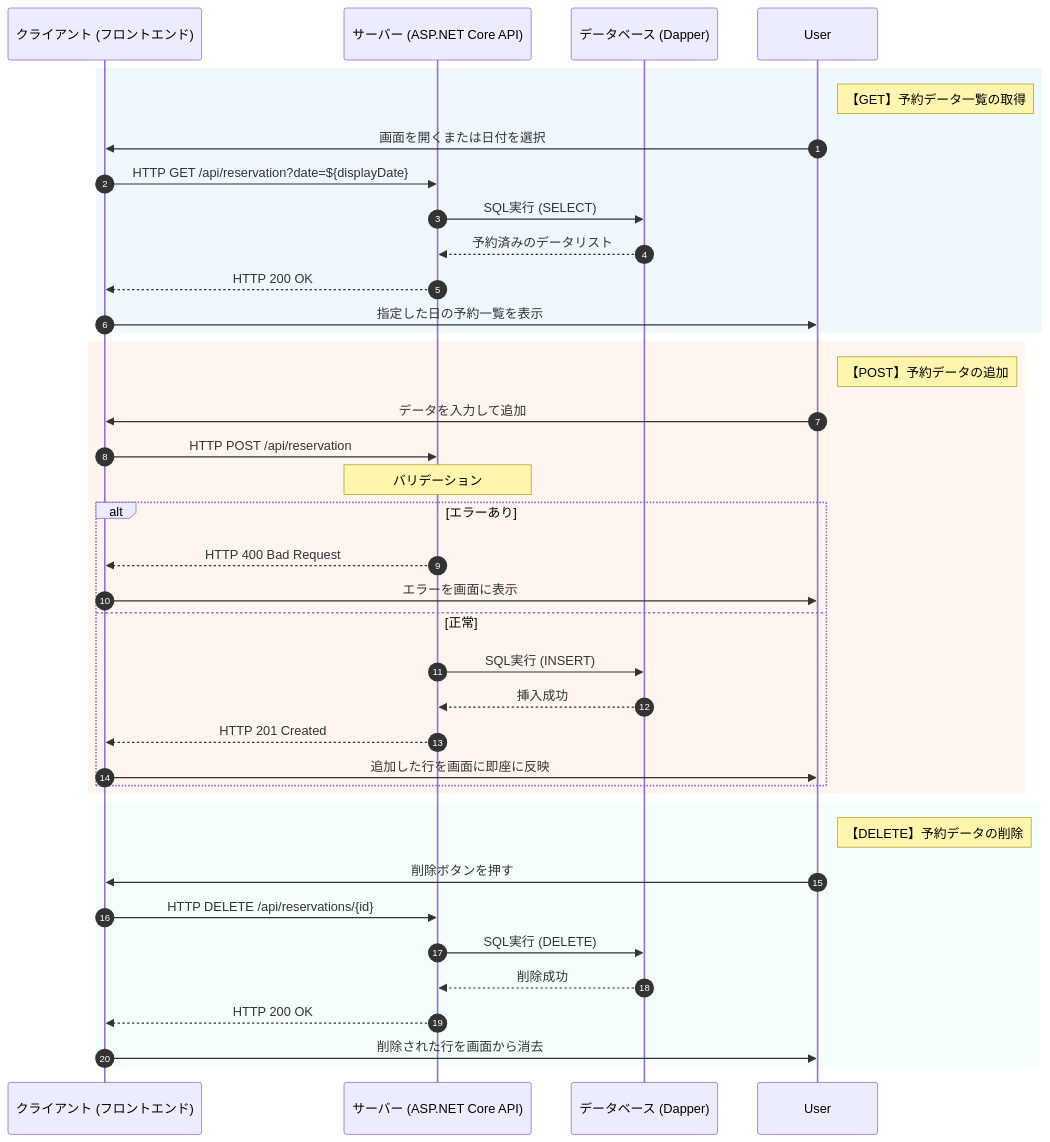
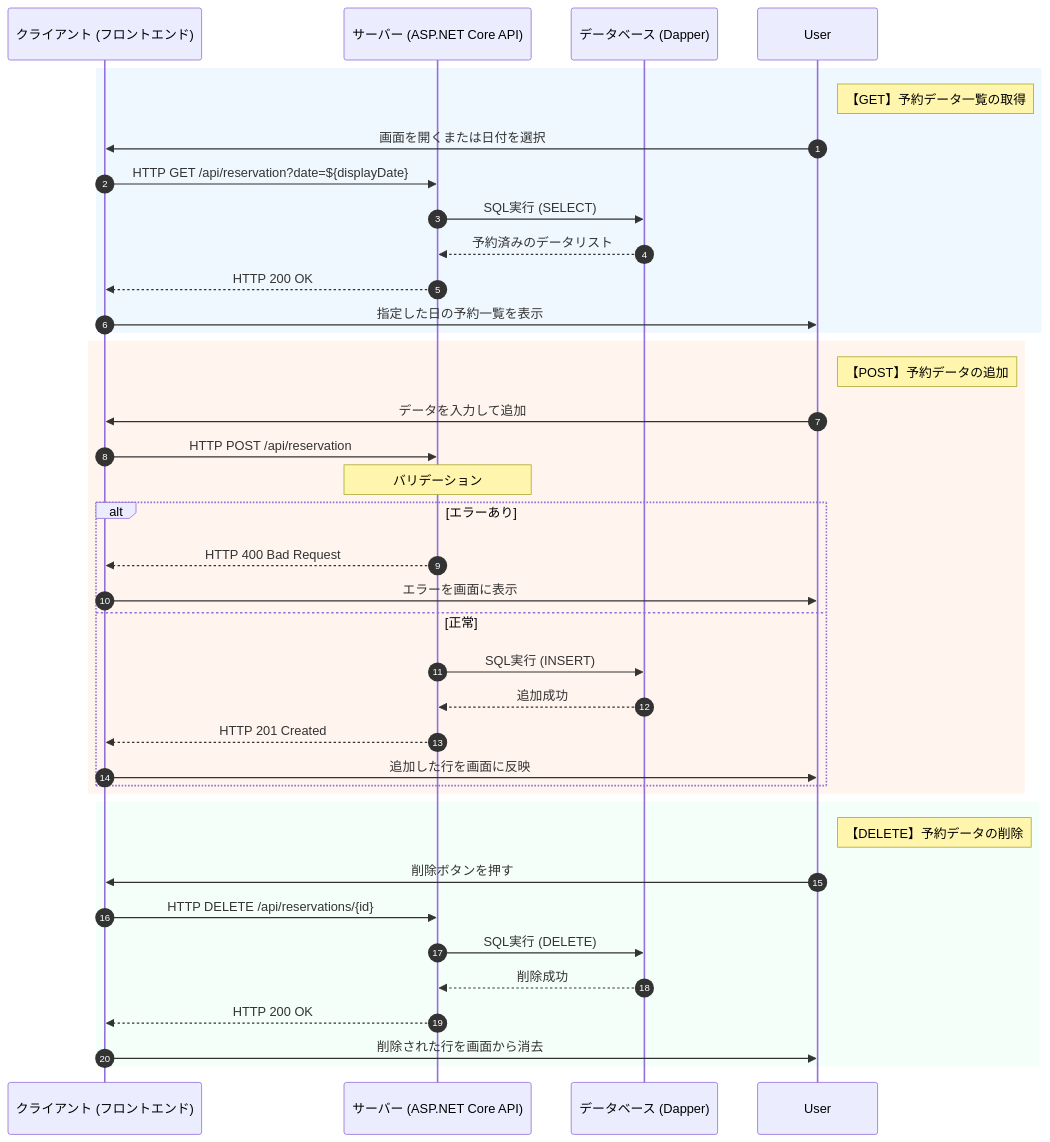
The diagram in README.md (hosotanik/Term2Team4), drawn with Mermaid before and after one commit.

````diff
--- a/README.md
+++ b/README.md
@@ -20,43 +20,43 @@
 ```mermaid
 sequenceDiagram
     autonumber
     participant Client as クライアント (フロントエンド)
     participant Server as サーバー (ASP.NET Core API)
     participant DB as データベース (Dapper)
 
     rect rgb(240, 248, 255)
         note right of User: 【GET】予約データ一覧の取得
         User->>Client: 画面を開くまたは日付を選択
         Client->>Server: HTTP GET /api/reservation?date=${displayDate}
         Server->>DB: SQL実行 (SELECT)
         DB-->>Server: 予約済みのデータリスト
         Server-->>Client: HTTP 200 OK
         Client->>User: 指定した日の予約一覧を表示
     end
 
     rect rgb(255, 245, 238)
         note right of User: 【POST】予約データの追加
         User->>Client: データを入力して追加
         Client->>Server: HTTP POST /api/reservation
         note over Server: バリデーション
         alt エラーあり
             Server-->>Client: HTTP 400 Bad Request
             Client->>User: エラーを画面に表示
         else 正常
             Server->>DB: SQL実行 (INSERT)
-            DB-->>Server: 挿入成功
+            DB-->>Server: 追加成功
             Server-->>Client: HTTP 201 Created
-            Client->>User: 追加した行を画面に即座に反映
+            Client->>User: 追加した行を画面に反映
         end
     end
 
     rect rgb(245, 255, 250)
         note right of User: 【DELETE】予約データの削除
         User->>Client: 削除ボタンを押す
         Client->>Server: HTTP DELETE /api/reservations/{id}
         Server->>DB: SQL実行 (DELETE)
         DB-->>Server: 削除成功
         Server-->>Client: HTTP 200 OK
         Client->>User: 削除された行を画面から消去
     end
 ```
````
